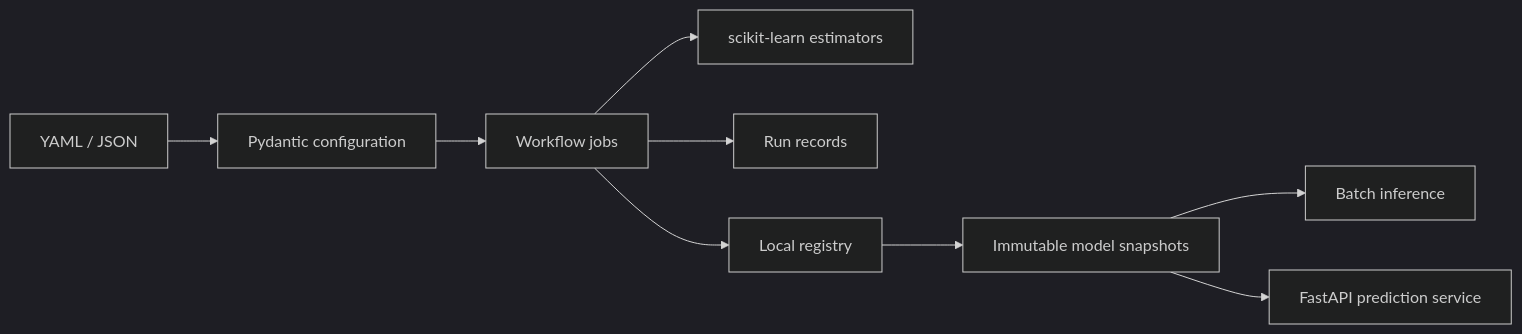
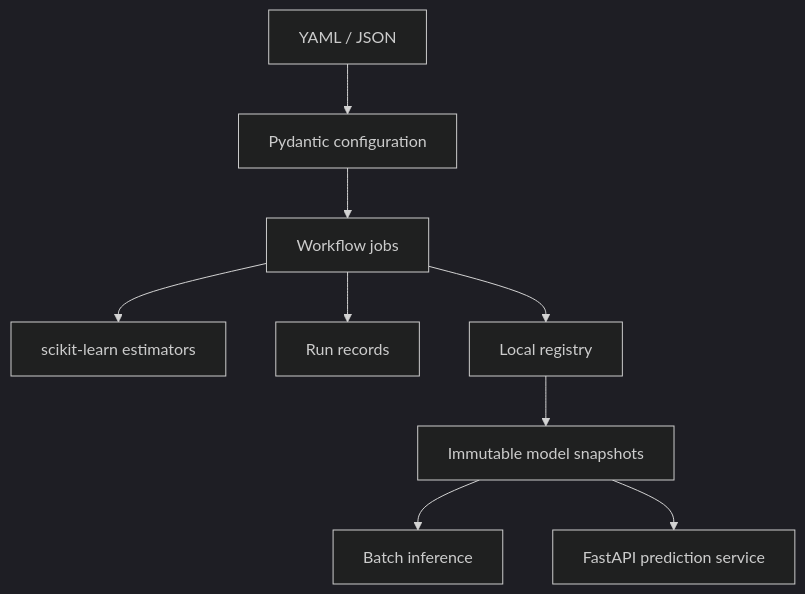
The diagram in docs/architecture.md (DiogoRibeiro7/mlops-starter-kit), drawn with Mermaid (dark theme) before and after one commit. The commit also changed 25 other files, not shown here.

````diff
--- a/docs/architecture.md
+++ b/docs/architecture.md
@@ -3,11 +3,11 @@
 ```mermaid
-flowchart LR
+flowchart TB
     Config["YAML / JSON"] --> Validation["Pydantic configuration"]
     Validation --> Jobs["Workflow jobs"]
     Jobs --> Models["scikit-learn estimators"]
     Jobs --> Tracking["Run records"]
     Jobs --> Registry["Local registry"]
     Registry --> Versions["Immutable model snapshots"]
     Versions --> Batch["Batch inference"]
     Versions --> API["FastAPI prediction service"]
 ```
````
